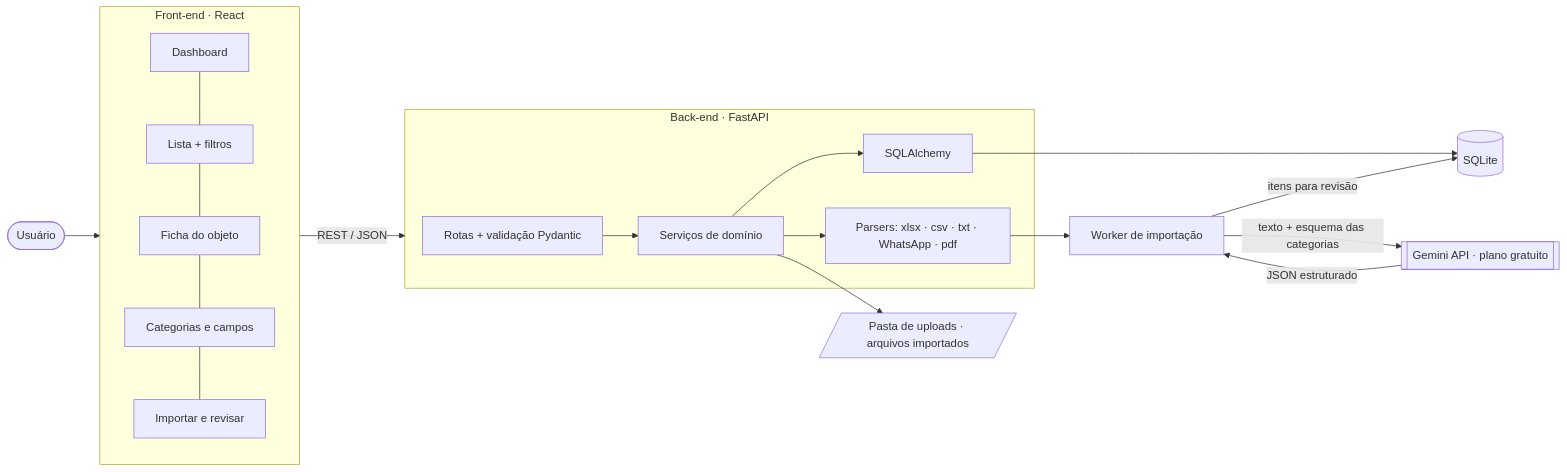
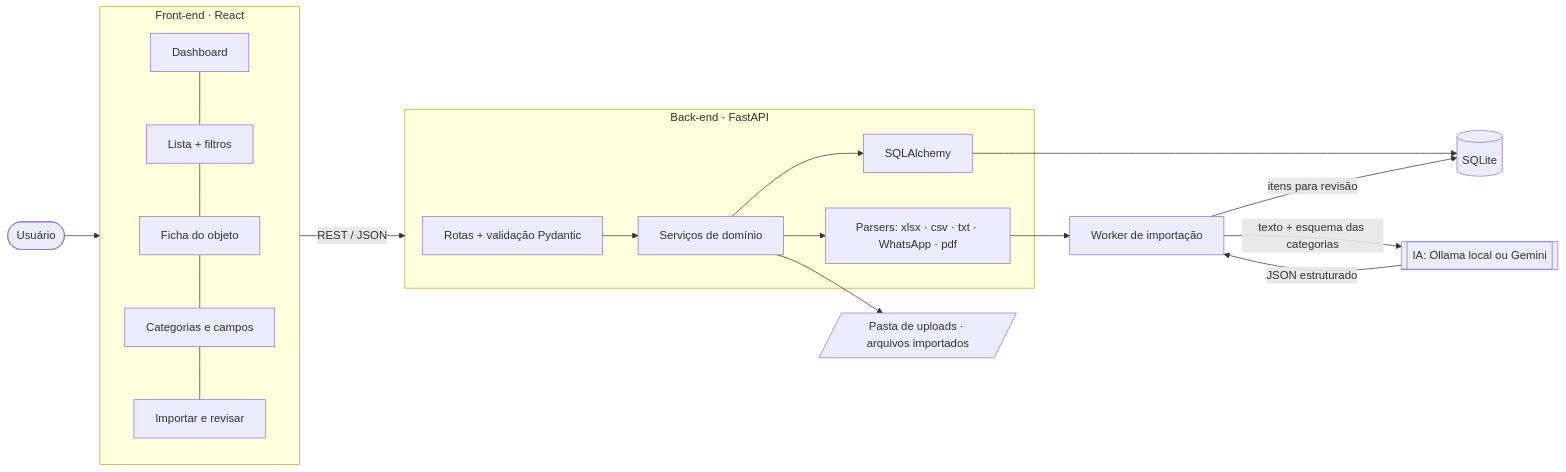
One commit to victormiguelgta-dev/Sistema-de-Controle-de-Patrim-nio changed the first of 4 diagrams in docs/ARQUITETURA.md. Above: the diagram before and after it, drawn with Mermaid. The commit also changed other lines of this file and 6 other files, not shown here.

````diff
--- a/docs/ARQUITETURA.md
+++ b/docs/ARQUITETURA.md
@@ -24,22 +24,22 @@
 ```mermaid
 flowchart LR
   U([Usuário]) --> FE
   subgraph FE[Front-end · React]
     D[Dashboard] --- L[Lista + filtros]
     L --- F[Ficha do objeto]
     F --- C[Categorias e campos]
     C --- I[Importar e revisar]
   end
   FE -- REST / JSON --> API
   subgraph API[Back-end · FastAPI]
     R[Rotas + validação Pydantic] --> S[Serviços de domínio]
     S --> ORM[SQLAlchemy]
     S --> P[Parsers: xlsx · csv · txt · WhatsApp · pdf]
   end
   ORM --> DB[(SQLite)]
   S --> FS[/Pasta de uploads · arquivos importados/]
   P --> W[Worker de importação]
-  W -- texto + esquema das categorias --> LLM[[Gemini API · plano gratuito]]
+  W -- texto + esquema das categorias --> LLM[[IA: Ollama local ou Gemini]]
   LLM -- JSON estruturado --> W
   W -- itens para revisão --> DB
 ```
````
